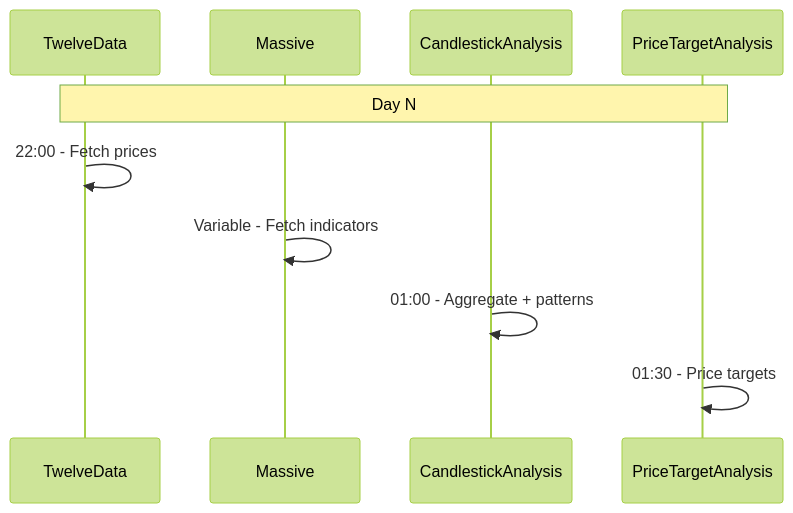
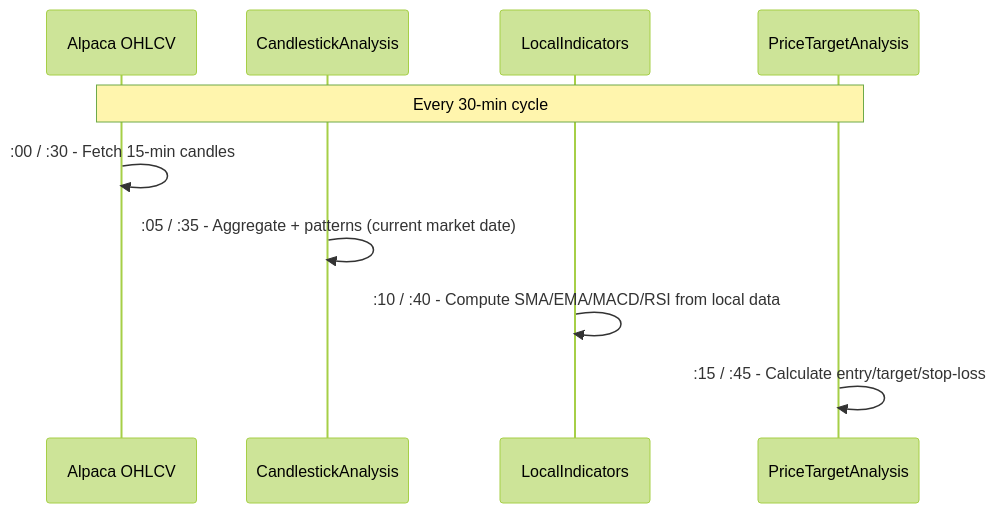
The third of 3 diagrams in instruction/analysis/stock-analysis-pipeline.md (nixonyong911/Stock-And-Crypto-Tracker), drawn with Mermaid (forest theme) before and after one commit. The commit also changed other lines of this file and 16 other files, not shown here.

First line of the commit message:
feat: 30-min analysis pipeline with local indicator computation

````diff
--- a/instruction/analysis/stock-analysis-pipeline.md
+++ b/instruction/analysis/stock-analysis-pipeline.md
@@ -238,13 +243,13 @@
 ```mermaid
 sequenceDiagram
-    participant T as TwelveData
-    participant M as Massive
+    participant A as Alpaca OHLCV
     participant C as CandlestickAnalysis
+    participant I as LocalIndicators
     participant P as PriceTargetAnalysis
 
-    Note over T,P: Day N
-    T->>T: 22:00 - Fetch prices
-    M->>M: Variable - Fetch indicators
-    C->>C: 01:00 - Aggregate + patterns
-    P->>P: 01:30 - Price targets
+    Note over A,P: Every 30-min cycle
+    A->>A: :00 / :30 - Fetch 15-min candles
+    C->>C: :05 / :35 - Aggregate + patterns (current market date)
+    I->>I: :10 / :40 - Compute SMA/EMA/MACD/RSI from local data
+    P->>P: :15 / :45 - Calculate entry/target/stop-loss
 ```
````
